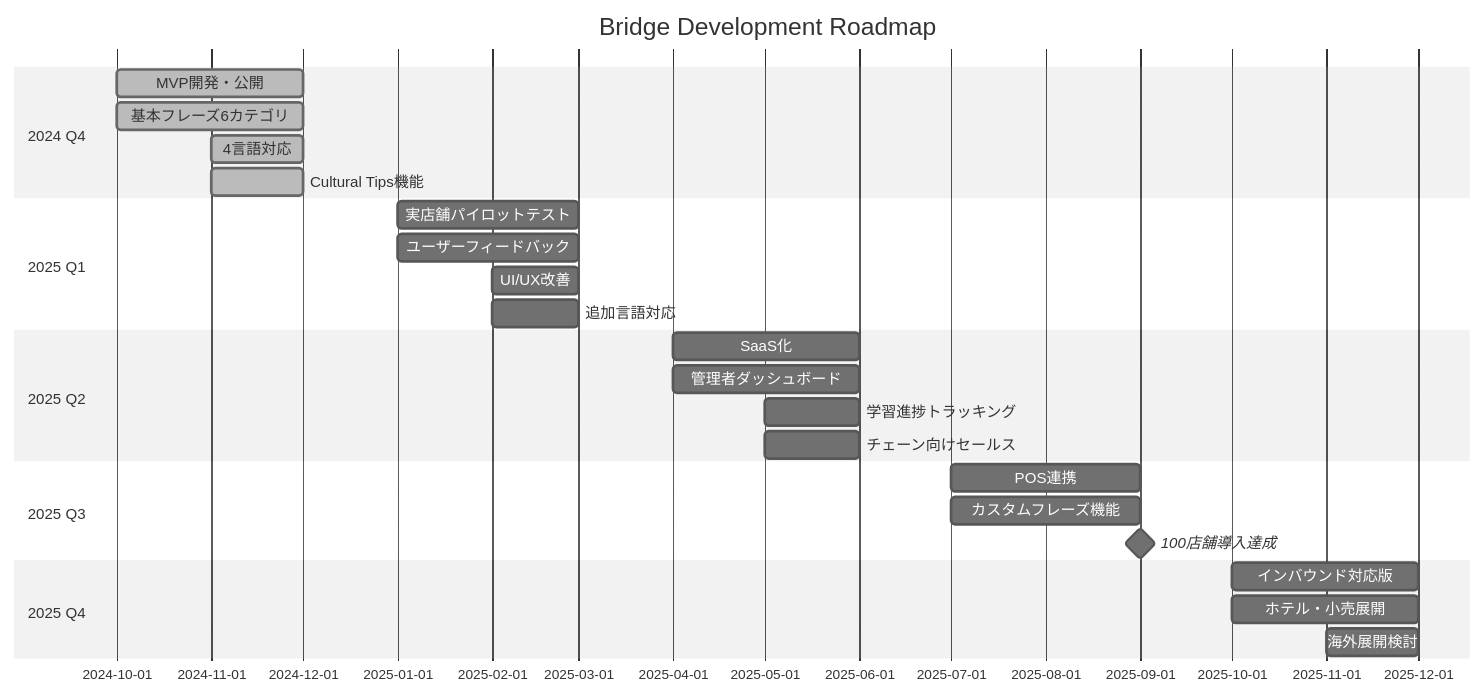
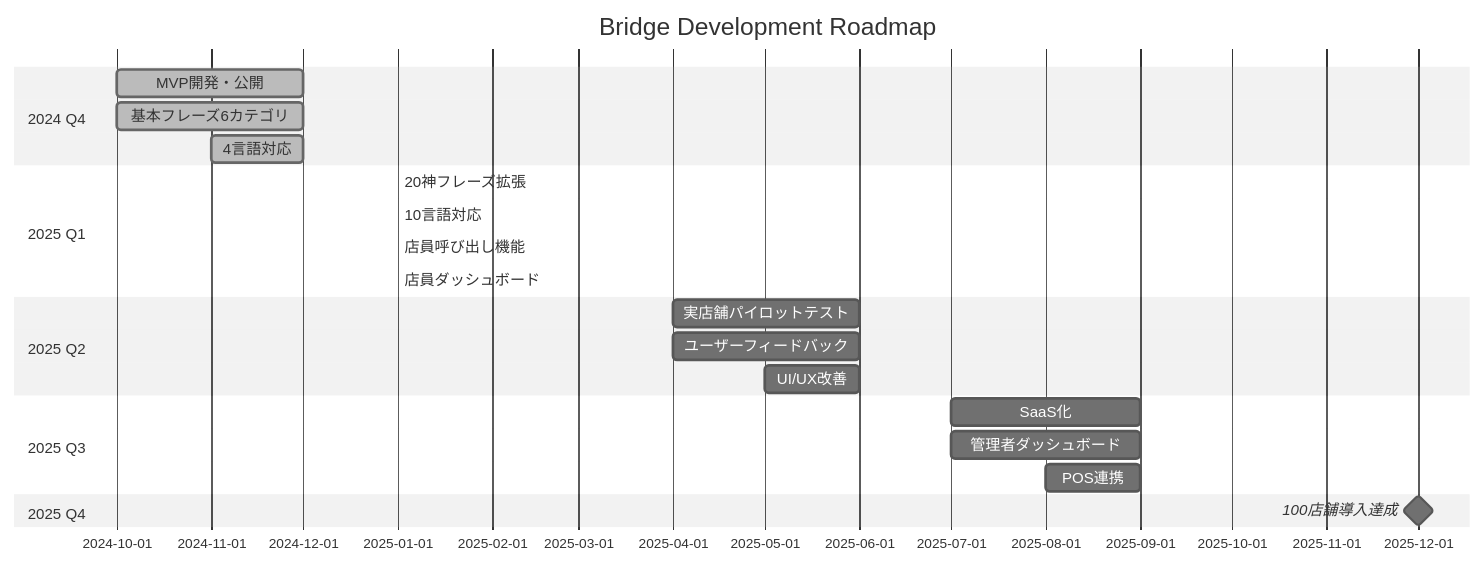
The fourth of 5 diagrams in README.md (koshikawa-masato/Bridge-Restaurant-Training), drawn with Mermaid (neutral theme) before and after one commit. The commit also changed other lines of this file and 2 other files, not shown here.

````diff
--- a/README.md
+++ b/README.md
@@ -179,28 +228,24 @@
 ```mermaid
 gantt
     title Bridge Development Roadmap
     dateFormat YYYY-MM
     section 2024 Q4
         MVP開発・公開           :done, 2024-10, 2024-12
         基本フレーズ6カテゴリ    :done, 2024-10, 2024-12
         4言語対応               :done, 2024-11, 2024-12
-        Cultural Tips機能       :done, 2024-11, 2024-12
     section 2025 Q1
-        実店舗パイロットテスト   :2025-01, 2025-03
-        ユーザーフィードバック   :2025-01, 2025-03
-        UI/UX改善              :2025-02, 2025-03
-        追加言語対応            :2025-02, 2025-03
+        20神フレーズ拡張         :done, 2025-01, 2025-01
+        10言語対応              :done, 2025-01, 2025-01
+        店員呼び出し機能         :done, 2025-01, 2025-01
+        店員ダッシュボード       :done, 2025-01, 2025-01
     section 2025 Q2
-        SaaS化                 :2025-04, 2025-06
-        管理者ダッシュボード     :2025-04, 2025-06
-        学習進捗トラッキング     :2025-05, 2025-06
-        チェーン向けセールス     :2025-05, 2025-06
+        実店舗パイロットテスト   :2025-04, 2025-06
+        ユーザーフィードバック   :2025-04, 2025-06
+        UI/UX改善              :2025-05, 2025-06
     section 2025 Q3
-        POS連携                :2025-07, 2025-09
-        カスタムフレーズ機能     :2025-07, 2025-09
-        100店舗導入達成         :milestone, 2025-09, 0d
+        SaaS化                 :2025-07, 2025-09
+        管理者ダッシュボード     :2025-07, 2025-09
+        POS連携                :2025-08, 2025-09
     section 2025 Q4
-        インバウンド対応版       :2025-10, 2025-12
-        ホテル・小売展開        :2025-10, 2025-12
-        海外展開検討            :2025-11, 2025-12
+        100店舗導入達成         :milestone, 2025-12, 0d
 ```
````
